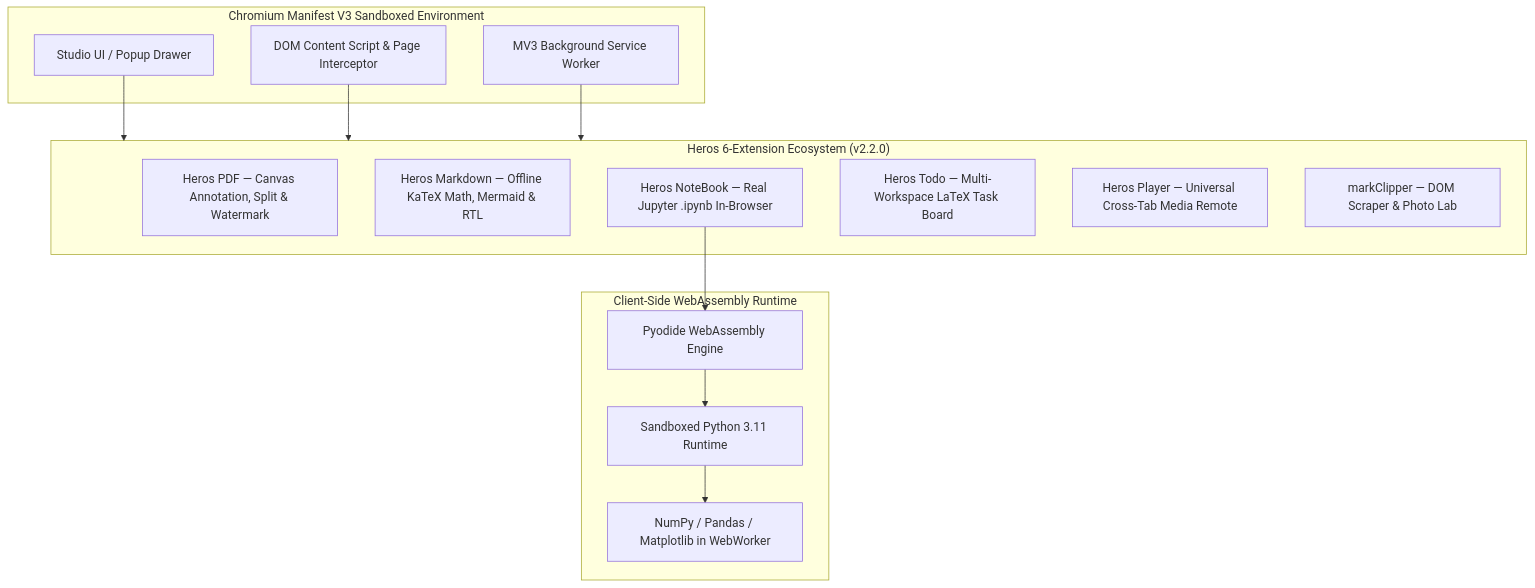
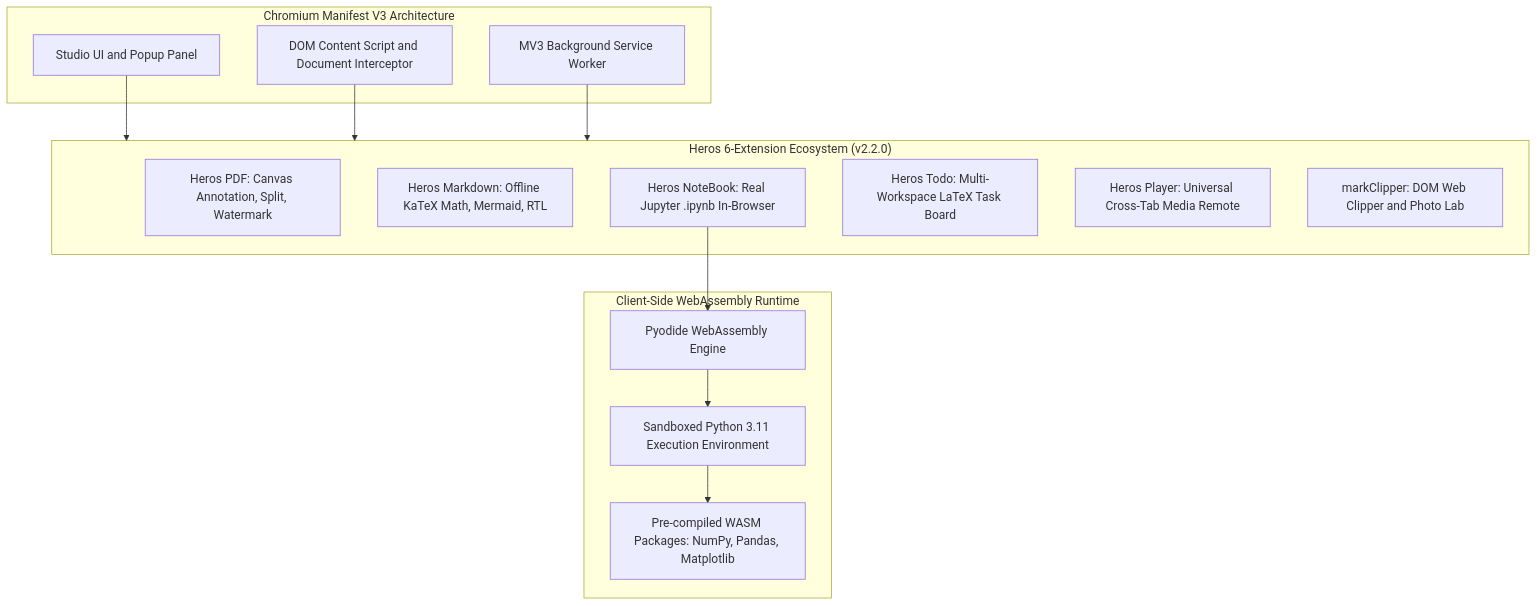
One commit to Ahmedbakr78/Portfolio changed the sixth of 8 diagrams in README.md. Above: the diagram before and after it, drawn with Mermaid. The commit also changed other lines of this file and 4 other files, not shown here.

Commit message:
docs: remove all emojis and expand comprehensive architectural documentation and whitepapers

````diff
--- a/README.md
+++ b/README.md
@@ -184,30 +256,30 @@
 ```mermaid
 flowchart TD
-    subgraph Browser ["Chromium Manifest V3 Sandboxed Environment"]
-        Popup["Studio UI / Popup Drawer"]
-        ContentScript["DOM Content Script & Page Interceptor"]
+    subgraph Browser ["Chromium Manifest V3 Architecture"]
+        Popup["Studio UI and Popup Panel"]
+        ContentScript["DOM Content Script and Document Interceptor"]
         ServiceWorker["MV3 Background Service Worker"]
     end
 
     subgraph Heros_Engines ["Heros 6-Extension Ecosystem (v2.2.0)"]
-        HerosPDF["Heros PDF — Canvas Annotation, Split & Watermark"]
-        HerosMD["Heros Markdown — Offline KaTeX Math, Mermaid & RTL"]
-        HerosNB["Heros NoteBook — Real Jupyter .ipynb In-Browser"]
-        HerosTodo["Heros Todo — Multi-Workspace LaTeX Task Board"]
-        HerosPlayer["Heros Player — Universal Cross-Tab Media Remote"]
-        MarkClipper["markClipper — DOM Scraper & Photo Lab"]
+        HerosPDF["Heros PDF: Canvas Annotation, Split, Watermark"]
+        HerosMD["Heros Markdown: Offline KaTeX Math, Mermaid, RTL"]
+        HerosNB["Heros NoteBook: Real Jupyter .ipynb In-Browser"]
+        HerosTodo["Heros Todo: Multi-Workspace LaTeX Task Board"]
+        HerosPlayer["Heros Player: Universal Cross-Tab Media Remote"]
+        MarkClipper["markClipper: DOM Web Clipper and Photo Lab"]
     end
 
     subgraph WASM_Kernel ["Client-Side WebAssembly Runtime"]
         Pyodide["Pyodide WebAssembly Engine"]
-        PythonEnv["Sandboxed Python 3.11 Runtime"]
-        NumPy["NumPy / Pandas / Matplotlib in WebWorker"]
+        PythonEnv["Sandboxed Python 3.11 Execution Environment"]
+        Packages["Pre-compiled WASM Packages: NumPy, Pandas, Matplotlib"]
     end
 
     Popup --> Heros_Engines
     ContentScript --> Heros_Engines
     ServiceWorker --> Heros_Engines
     HerosNB --> Pyodide
     Pyodide --> PythonEnv
-    PythonEnv --> NumPy
+    PythonEnv --> Packages
 ```
````
